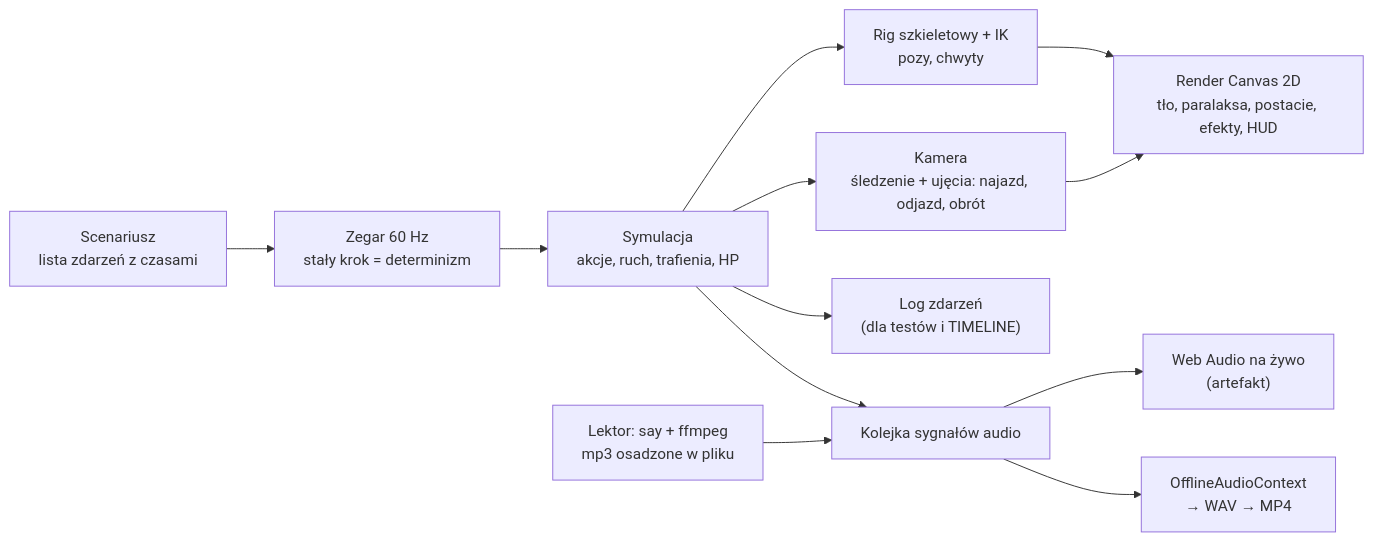
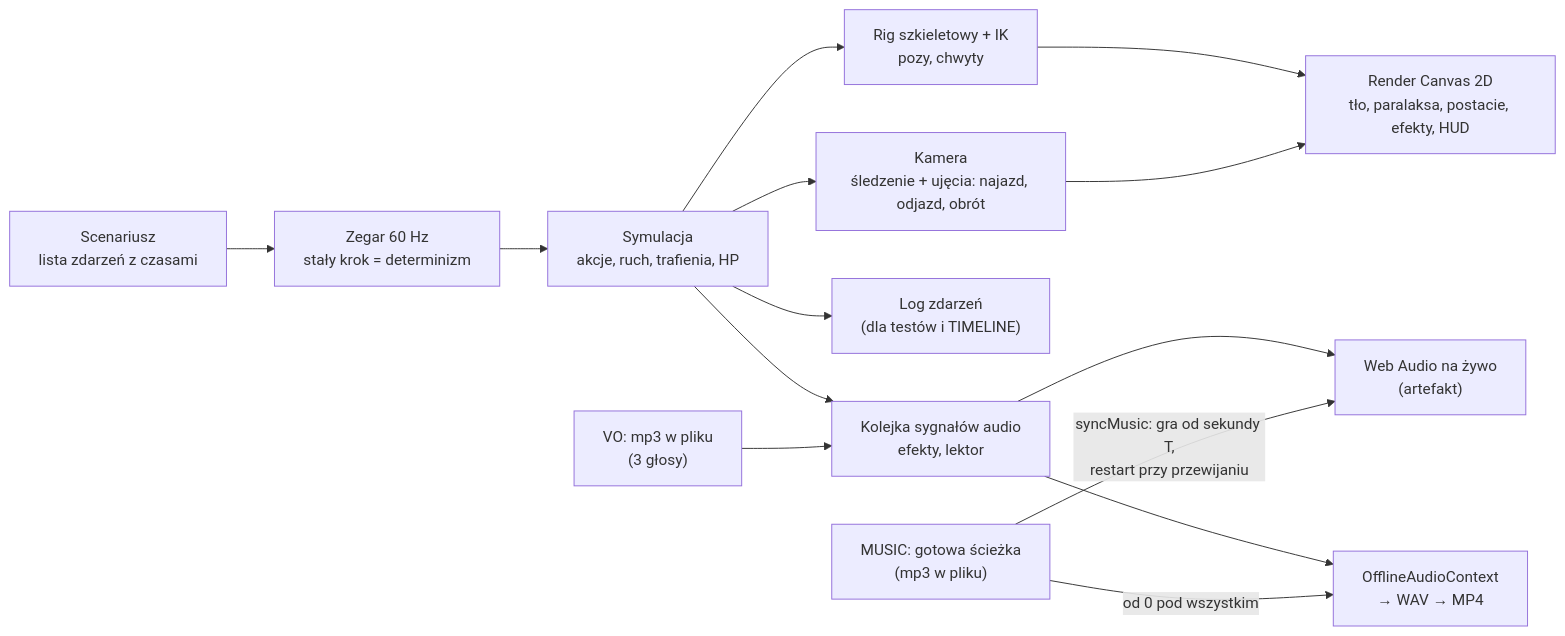
The second of 5 diagrams in docs/HOW-IT-WORKS.md (drswobodziczka/opus-having-fun-playground), drawn with Mermaid before and after one commit. The commit also changed other lines of this file and 4 other files, not shown here.

````diff
--- a/docs/HOW-IT-WORKS.md
+++ b/docs/HOW-IT-WORKS.md
@@ -38,14 +48,16 @@
 ```mermaid
 flowchart LR
   SC["Scenariusz<br/>lista zdarzeń z czasami"] --> CLK["Zegar 60 Hz<br/>stały krok = determinizm"]
   CLK --> SIM["Symulacja<br/>akcje, ruch, trafienia, HP"]
   SIM --> RIG["Rig szkieletowy + IK<br/>pozy, chwyty"]
   SIM --> CAM["Kamera<br/>śledzenie + ujęcia: najazd, odjazd, obrót"]
   SIM --> LOG["Log zdarzeń<br/>(dla testów i TIMELINE)"]
-  SIM --> CUE["Kolejka sygnałów audio"]
+  SIM --> CUE["Kolejka sygnałów audio<br/>efekty, lektor"]
   RIG --> RND["Render Canvas 2D<br/>tło, paralaksa, postacie, efekty, HUD"]
   CAM --> RND
   CUE --> LIVE["Web Audio na żywo<br/>(artefakt)"]
   CUE --> OFF["OfflineAudioContext<br/>→ WAV → MP4"]
-  VO["Lektor: say + ffmpeg<br/>mp3 osadzone w pliku"] --> CUE
+  VO["VO: mp3 w pliku<br/>(3 głosy)"] --> CUE
+  MUSIC["MUSIC: gotowa ścieżka<br/>(mp3 w pliku)"] -->|"syncMusic: gra od sekundy T,<br/>restart przy przewijaniu"| LIVE
+  MUSIC -->|"od 0 pod wszystkim"| OFF
 ```
````
